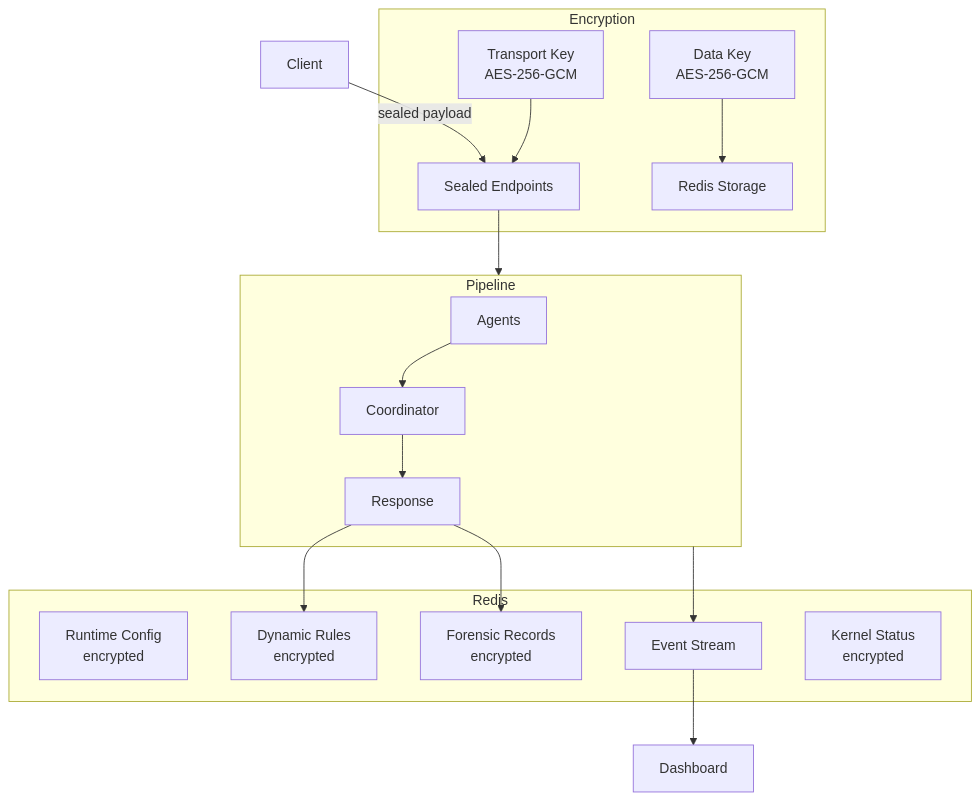
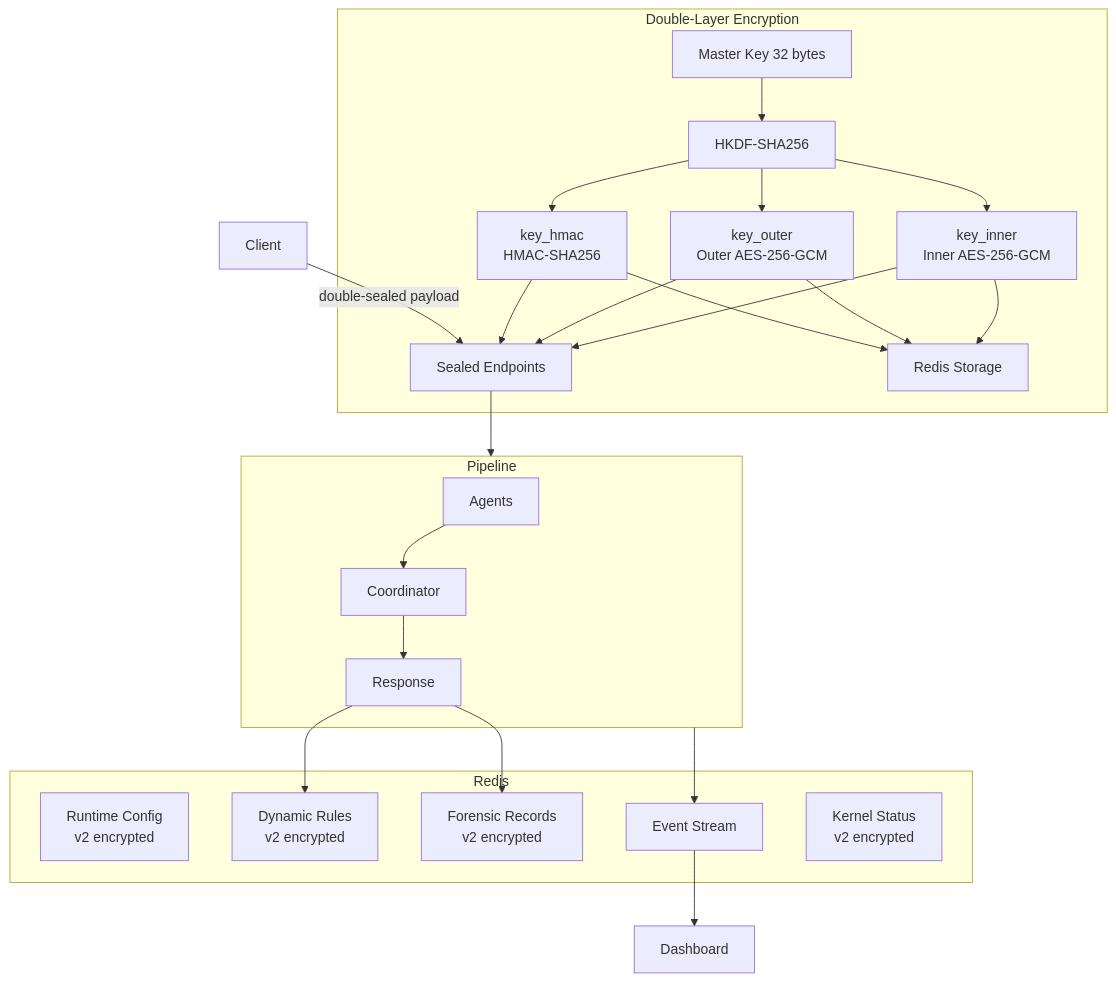
One commit to Legendarylibrorg/AutoDefense changed the second of 2 diagrams in docs/architecture.md. Above: the diagram before and after it, drawn with Mermaid. The commit also changed other lines of this file and 5 other files, not shown here.

First line of the commit message:
docs: update all documentation for double-layer encryption and security hardening

````diff
--- a/docs/architecture.md
+++ b/docs/architecture.md
@@ -122,26 +122,34 @@
 ```mermaid
 flowchart TB
-    subgraph Encryption
-        TK[Transport Key<br>AES-256-GCM] --> Seal[Sealed Endpoints]
-        DK[Data Key<br>AES-256-GCM] --> Store[Redis Storage]
+    subgraph Encryption[Double-Layer Encryption]
+        MK[Master Key 32 bytes] --> HKDF[HKDF-SHA256]
+        HKDF --> IK[key_inner<br>Inner AES-256-GCM]
+        HKDF --> OK[key_outer<br>Outer AES-256-GCM]
+        HKDF --> HK[key_hmac<br>HMAC-SHA256]
+        IK --> Seal[Sealed Endpoints]
+        OK --> Seal
+        HK --> Seal
+        IK --> Store[Redis Storage]
+        OK --> Store
+        HK --> Store
     end
 
     subgraph Storage[Redis]
-        Config[Runtime Config<br>encrypted]
-        Rules[Dynamic Rules<br>encrypted]
-        Forensic[Forensic Records<br>encrypted]
+        Config[Runtime Config<br>v2 encrypted]
+        Rules[Dynamic Rules<br>v2 encrypted]
+        Forensic[Forensic Records<br>v2 encrypted]
         Events[Event Stream]
-        KernelStatus[Kernel Status<br>encrypted]
+        KernelStatus[Kernel Status<br>v2 encrypted]
     end
 
     subgraph Pipeline
         Agents --> Coordinator --> Response
         Response --> Forensic
         Response --> Rules
     end
 
-    Client -->|sealed payload| Seal
+    Client -->|double-sealed payload| Seal
     Seal --> Pipeline
     Pipeline --> Events
     Events --> Dashboard
 ```
````
